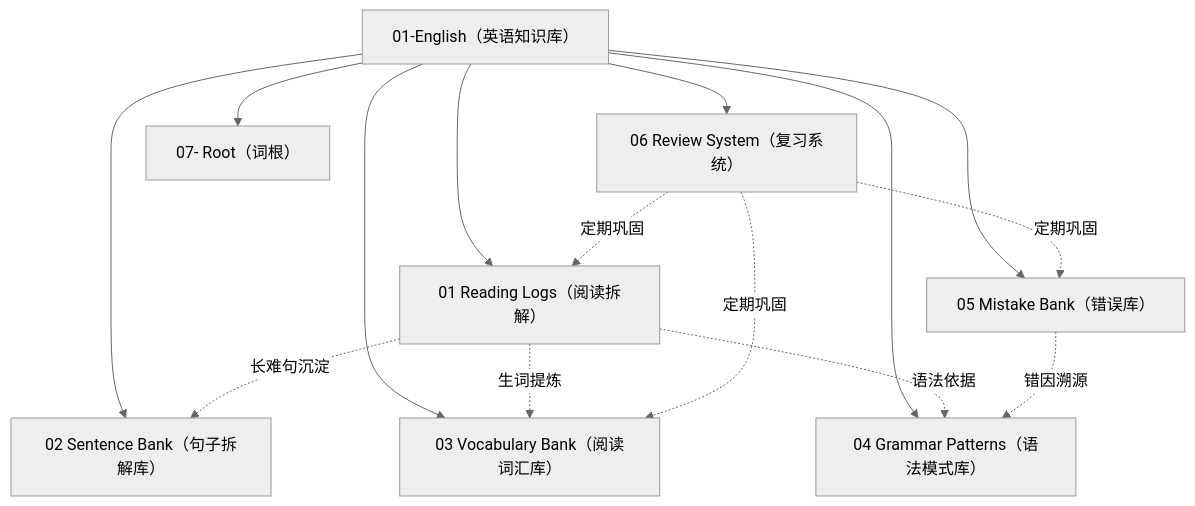
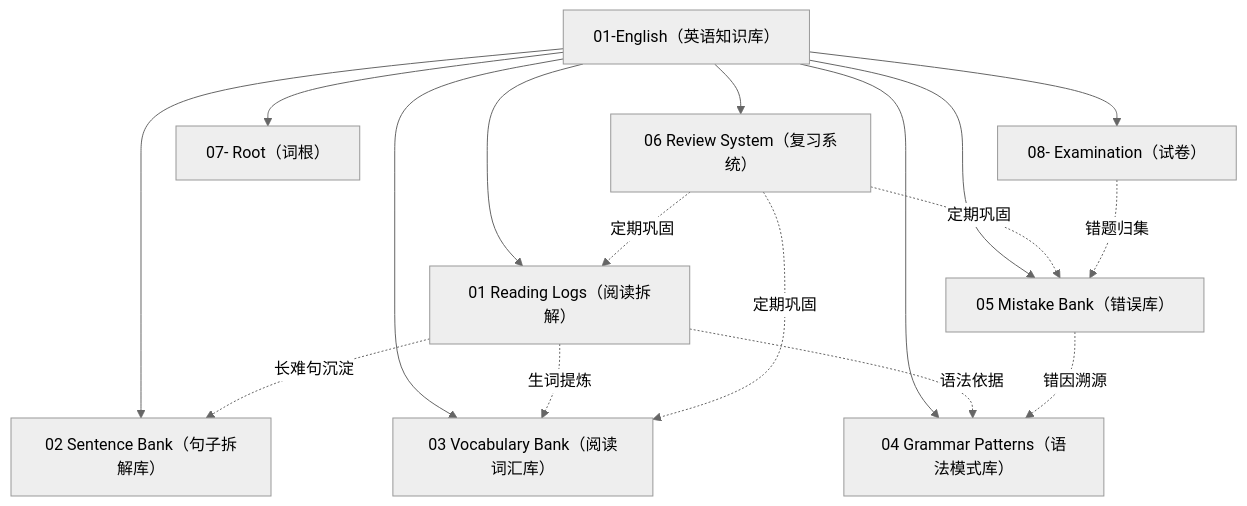
The diagram in AGENTS.md (FriendlyJesse/live), drawn with Mermaid (neutral theme) before and after one commit. The commit also changed other lines of this file and 8 other files, not shown here.

````diff
--- a/AGENTS.md
+++ b/AGENTS.md
@@ -11,16 +11,18 @@
 ```mermaid
 graph TD
   Root["01-English（英语知识库）"] --> M1["01 Reading Logs（阅读拆解）"]
   Root --> M2["02 Sentence Bank（句子拆解库）"]
   Root --> M3["03 Vocabulary Bank（阅读词汇库）"]
   Root --> M4["04 Grammar Patterns（语法模式库）"]
   Root --> M5["05 Mistake Bank（错误库）"]
   Root --> M6["06 Review System（复习系统）"]
   Root --> M7["07- Root（词根）"]
+  Root --> M8["08- Examination（试卷）"]
 
   M1 -.->|"长难句沉淀"| M2
   M1 -.->|"生词提炼"| M3
   M1 -.->|"语法依据"| M4
   M5 -.->|"错因溯源"| M4
   M6 -.->|"定期巩固"| M1 & M3 & M5
+  M8 -.->|"错题归集"| M5
 ```
````
